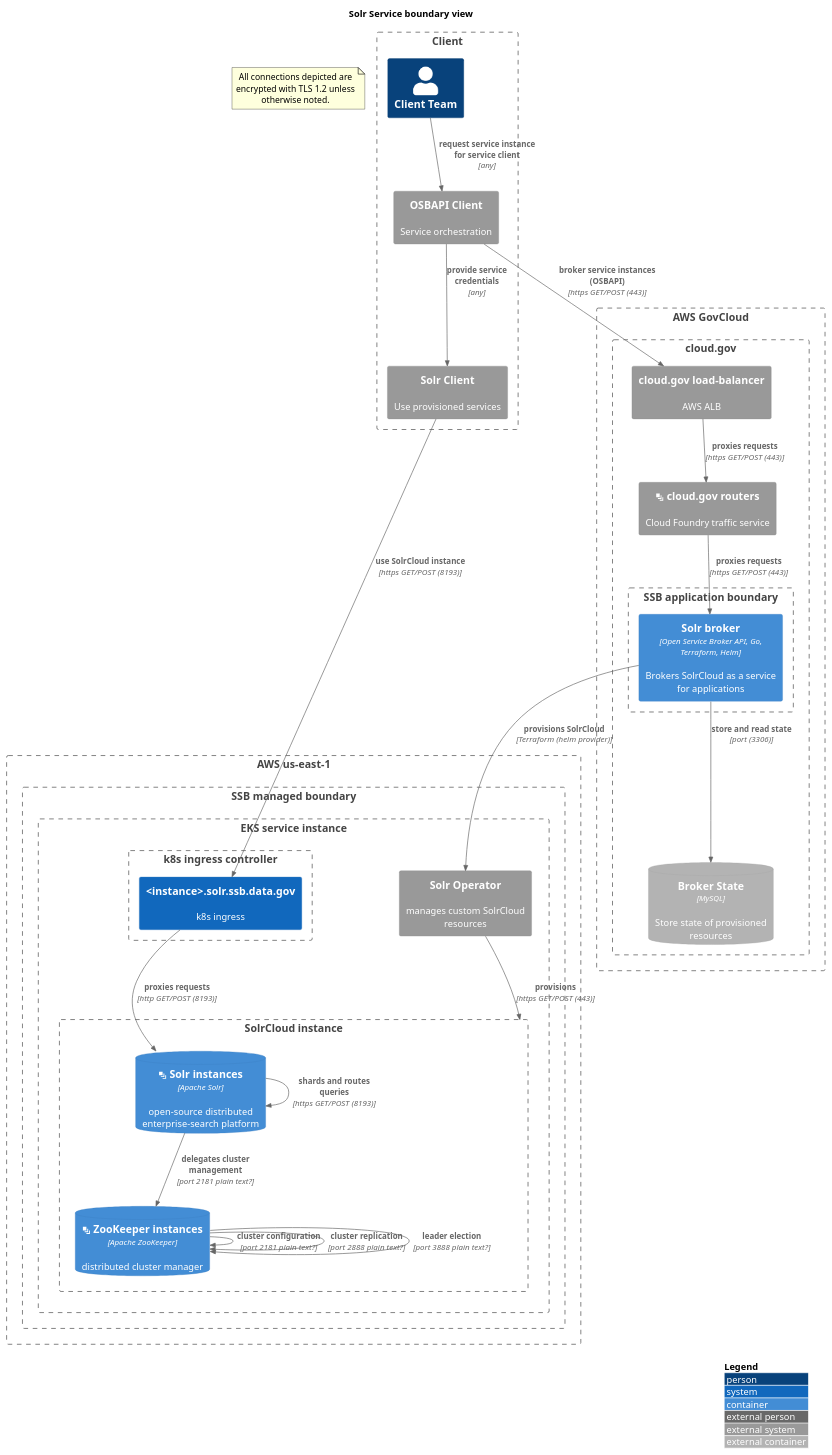
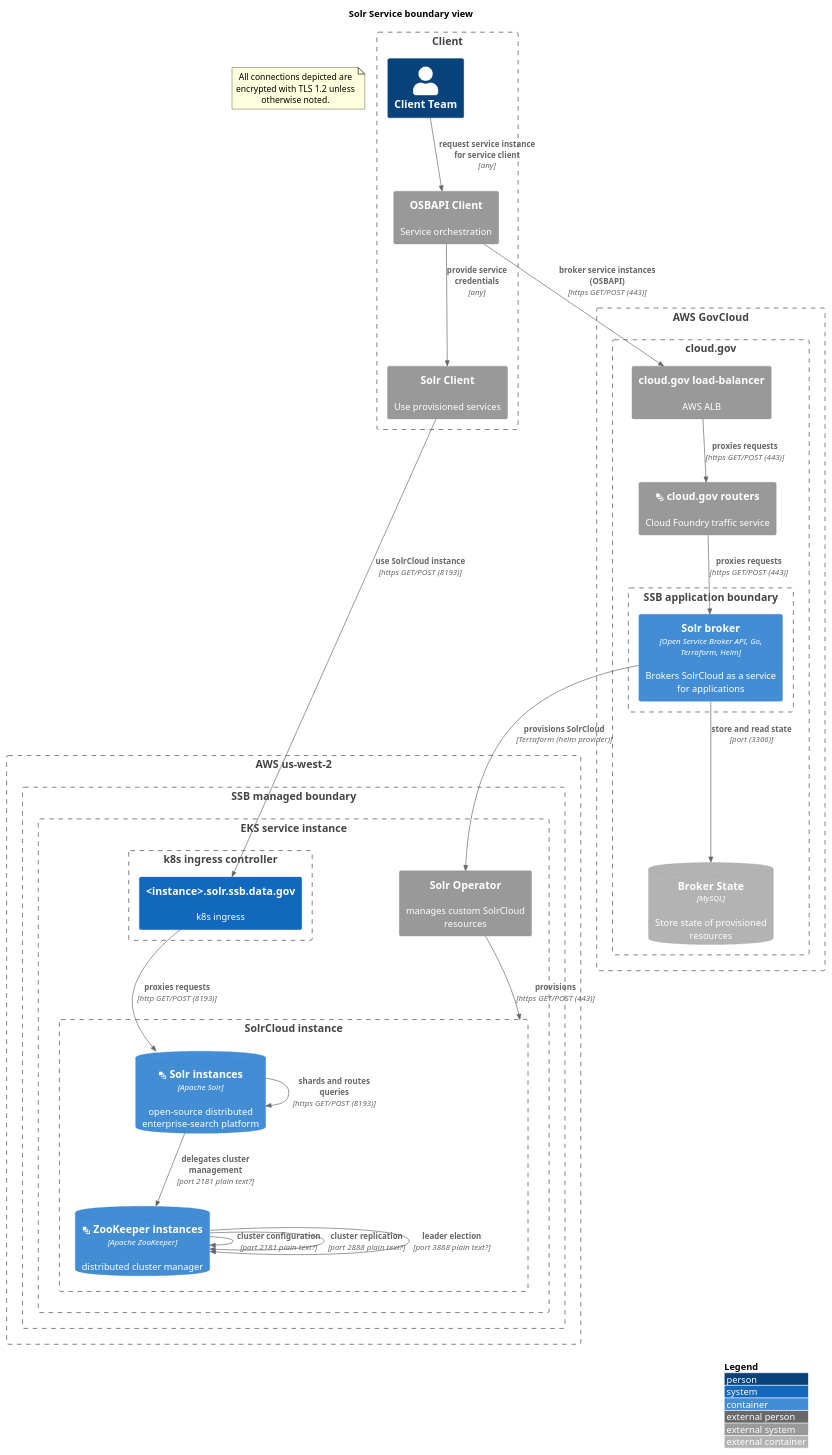
Before and after one commit to GSA/datagov-compliance: the third of 3 diagrams in ssb-service-scratchpad.md, drawn with PlantUML. The commit also changed other lines of this file, not shown here.

Commit message:
Change from AWS us-east-1 to AWS us-west-2

````diff
--- a/ssb-service-scratchpad.md
+++ b/ssb-service-scratchpad.md
@@ -99,57 +99,57 @@
 ```plantuml
 @startuml
 !include https://raw.githubusercontent.com/plantuml-stdlib/C4-PlantUML/master/C4_Container.puml
 ' uncomment the following line and comment the first to use locally
 ' !include C4_Container.puml
 LAYOUT_WITH_LEGEND()
 title Solr Service boundary view
 Boundary(client, "Client") {
   Person(client_team, "Client Team")
   System_Ext(osbapi_client, "OSBAPI Client", "Service orchestration")
   System_Ext(solr_client, "Solr Client", "Use provisioned services")
   Rel(osbapi_client, solr_client, "provide service credentials", "any")
   Rel(client_team, osbapi_client, "request service instance for service client", "any")
 }
 note as EncryptionNote
   All connections depicted are encrypted with TLS 1.2 unless otherwise noted.
 end note
 
-Boundary(aws_east, "AWS us-east-1") {
+Boundary(aws_west, "AWS us-west-2") {
   Boundary(iaas, "SSB managed boundary") {
     Boundary(eks, "EKS service instance") {
       System_Ext(solr_operator, "Solr Operator", "manages custom SolrCloud resources")
       Boundary(k8s_ingress, "k8s ingress controller") {    
         System(solr_ingress, "<instance>.solr.ssb.data.gov", "k8s ingress")
       }
       Boundary(b_solrcloud, "SolrCloud instance") {
         ContainerDb(solr_instances, "<&layers> Solr instances", "Apache Solr", "open-source distributed enterprise-search platform")
         ContainerDb(zookeeper_instances, "<&layers> ZooKeeper instances", "Apache ZooKeeper", "distributed cluster manager")
       }
     }
   }
 }
 Boundary(aws_govcloud, "AWS GovCloud") {
   Boundary(cloudgov, "cloud.gov") {
     System_Ext(aws_cg_alb, "cloud.gov load-balancer", "AWS ALB")
     System_Ext(cloudgov_router, "<&layers> cloud.gov routers", "Cloud Foundry traffic service")
     Boundary(atob, "SSB application boundary") {
       Container(solr_app, "Solr broker", "Open Service Broker API, Go, Terraform, Helm", "Brokers SolrCloud as a service for applications")
     }
     ContainerDb_Ext(solr_app_db, "Broker State", "MySQL", "Store state of provisioned resources")
   }
 }
 Rel(osbapi_client, aws_cg_alb, "broker service instances (OSBAPI)", "https GET/POST (443)")
 Rel(aws_cg_alb, cloudgov_router, "proxies requests", "https GET/POST (443)")
 Rel(cloudgov_router, solr_app, "proxies requests", "https GET/POST (443)")
 Rel(solr_app, solr_app_db, "store and read state", "port (3306)")
 Rel(solr_client, solr_ingress, "use SolrCloud instance", "https GET/POST (8193)")
 Rel(solr_instances, solr_instances, "shards and routes queries", "https GET/POST (8193)")
 Rel(solr_instances, zookeeper_instances, "delegates cluster management", "port 2181 plain text?")
 Rel(zookeeper_instances, zookeeper_instances, "cluster configuration", "port 2181 plain text?")
 Rel(zookeeper_instances, zookeeper_instances, "cluster replication", "port 2888 plain text?")
 Rel(zookeeper_instances, zookeeper_instances, "leader election", "port 3888 plain text?")
 Rel(solr_app, solr_operator, "provisions SolrCloud", "Terraform (helm provider)")
 Rel(solr_operator, b_solrcloud, "provisions", "https GET/POST (443)")
 Rel(solr_ingress, solr_instances, "proxies requests", "http GET/POST (8193)")
 @enduml
 ```
````
